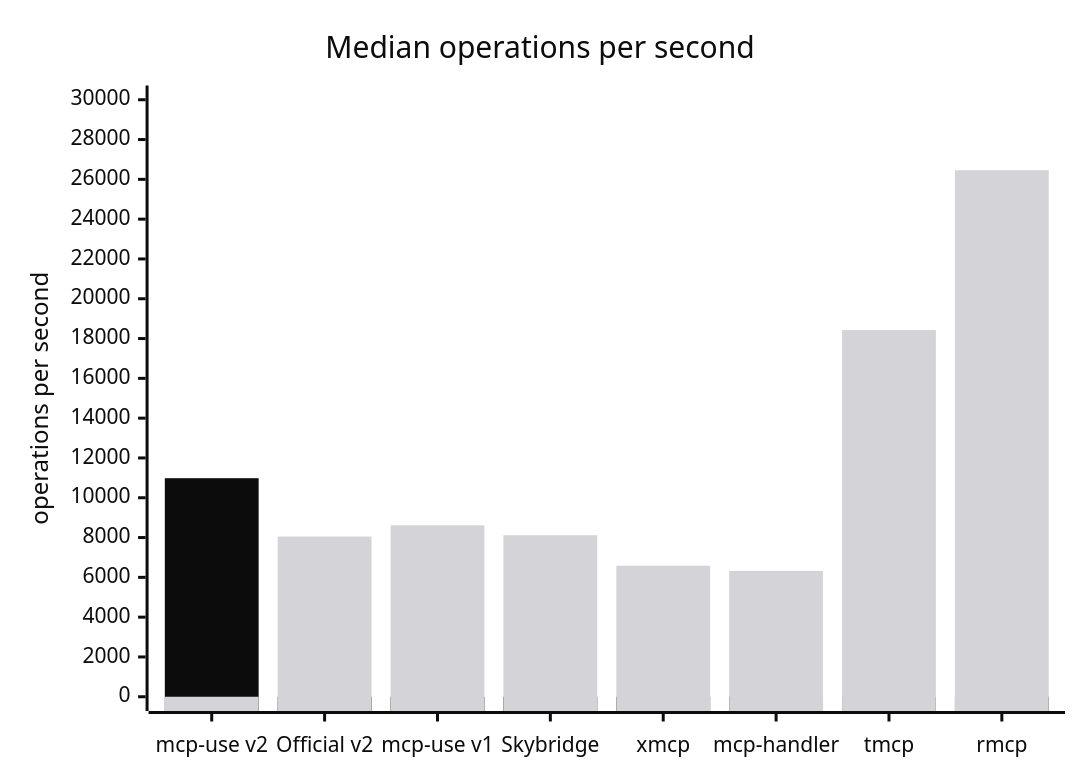
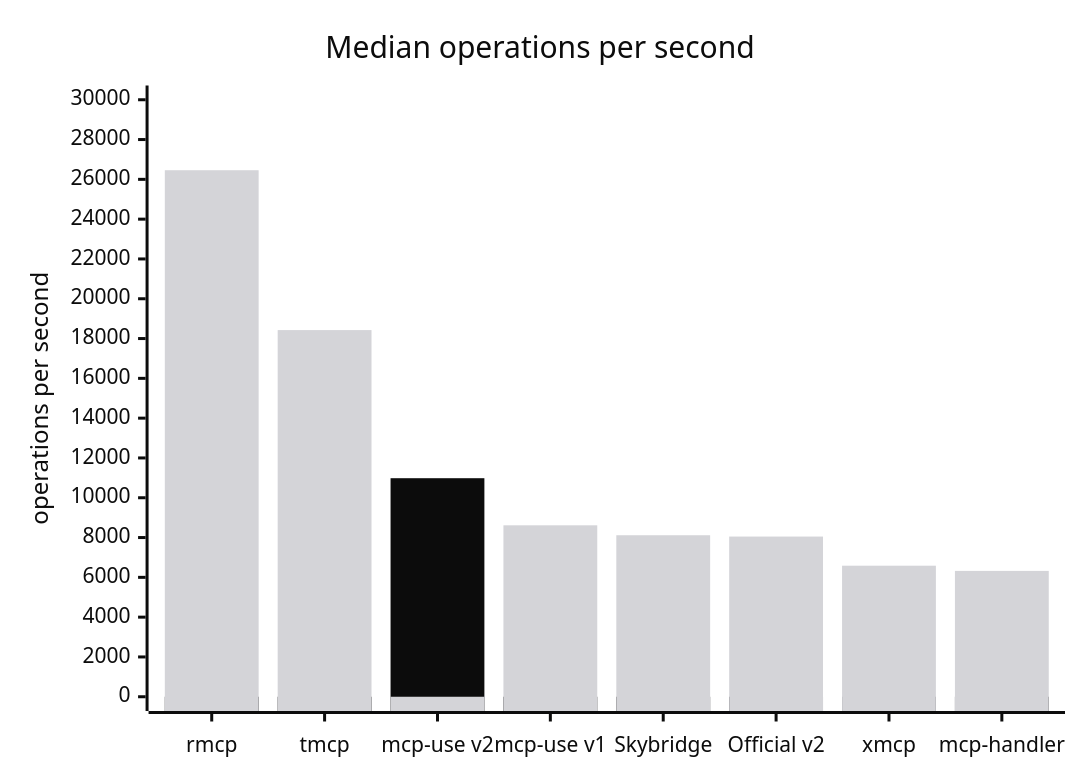
Before and after one commit to mcp-use/mcp-use: the first of 4 diagrams in benchmark.md, drawn with Mermaid. The commit also changed other lines of this file and 1 other file, not shown here.

````diff
--- a/benchmark.md
+++ b/benchmark.md
@@ -27,24 +22,24 @@
 ```mermaid
 ---
 config:
   themeVariables:
     xyChart:
       backgroundColor: "#ffffff"
       titleColor: "#0c0c0c"
       xAxisLabelColor: "#0c0c0c"
       xAxisTitleColor: "#0c0c0c"
       xAxisTickColor: "#0c0c0c"
       xAxisLineColor: "#0c0c0c"
       yAxisLabelColor: "#0c0c0c"
       yAxisTitleColor: "#0c0c0c"
       yAxisTickColor: "#0c0c0c"
       yAxisLineColor: "#0c0c0c"
       plotColorPalette: "#0c0c0c, #d4d4d8"
 ---
 xychart
   title "Median operations per second"
-  x-axis ["mcp-use v2", "Official v2", "mcp-use v1", "Skybridge", "xmcp", "mcp-handler", "tmcp", "rmcp"]
+  x-axis ["rmcp", "tmcp", "mcp-use v2", "mcp-use v1", "Skybridge", "Official v2", "xmcp", "mcp-handler"]
   y-axis "operations per second" 0 --> 30000
-  bar [10982, 0, 0, 0, 0, 0, 0, 0]
-  bar [0, 8050, 8615, 8116, 6585, 6324, 18425, 26459]
+  bar [0, 0, 10982, 0, 0, 0, 0, 0]
+  bar [26459, 18425, 0, 8615, 8116, 8050, 6585, 6324]
 ```
````
